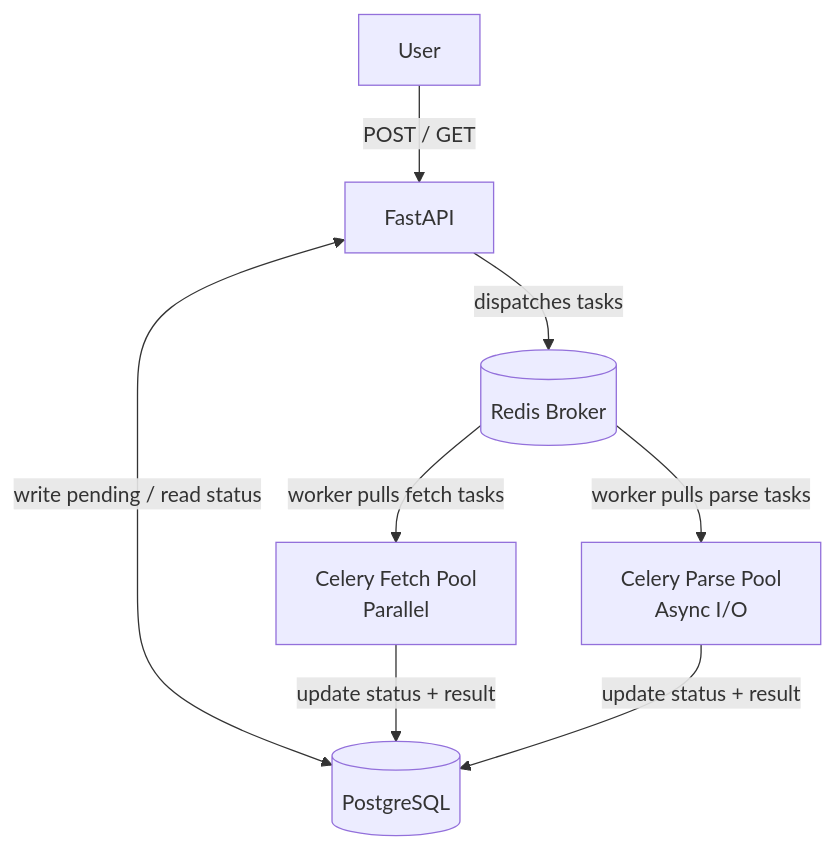
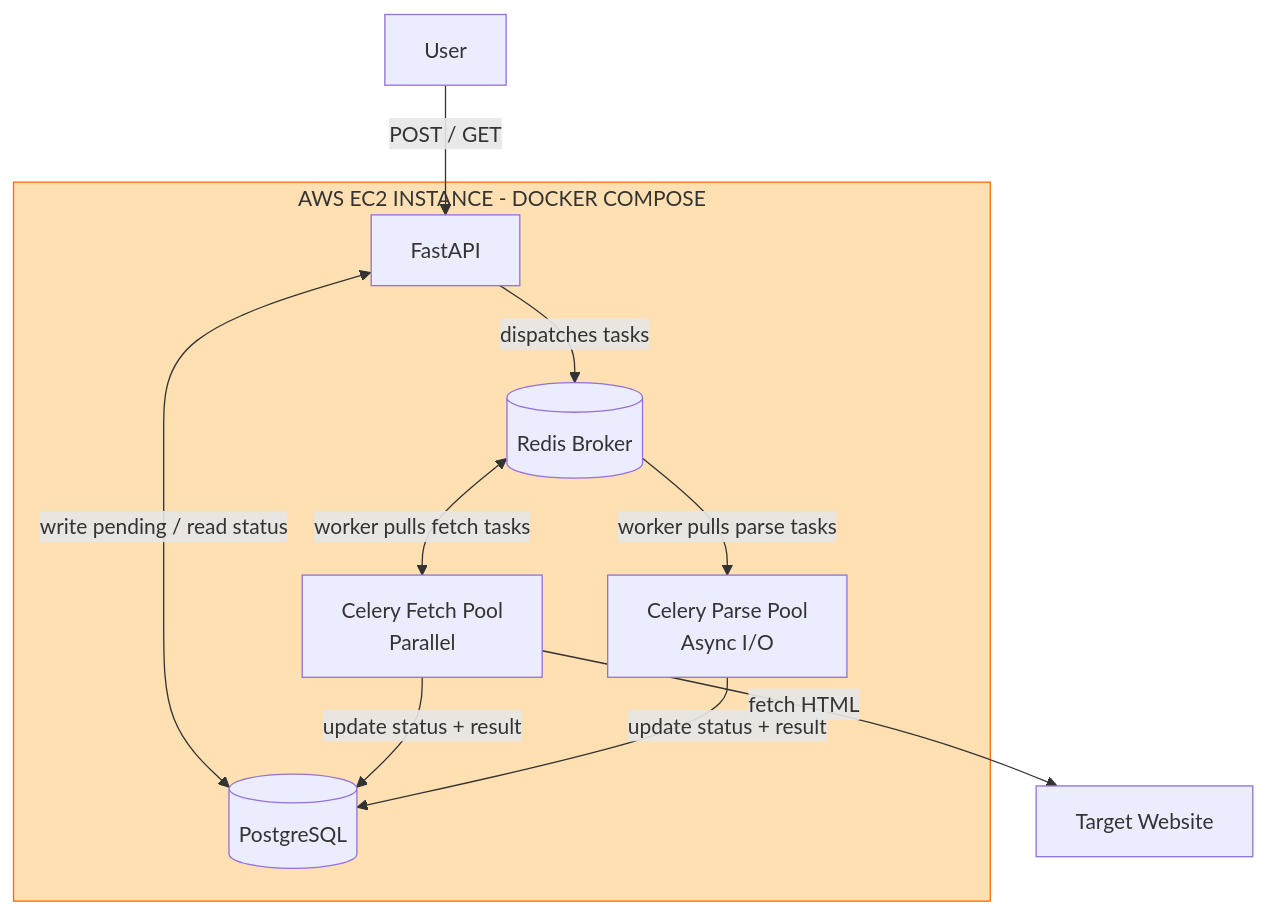
One commit to DarDuong5/distributed-async-web-scraper changed the diagram in README.md. Above: the diagram before and after it, drawn with Mermaid. The commit also changed other lines of this file, not shown here.

Commit message:
finalized project

````diff
--- a/README.md
+++ b/README.md
@@ -71,10 +71,20 @@
 ```mermaid
-graph TD    
-    A[User] -->|POST / GET| API[FastAPI]
-    API --> |dispatches tasks| Redis[(Redis Broker)]
-    Redis --> |worker pulls fetch tasks| FetchCelery[Celery Fetch Pool\n Parallel]
-    Redis --> |worker pulls parse tasks| ParseCelery[Celery Parse Pool\n Async I/O]
-    API <--> |write pending / read status| DB[(PostgreSQL)]
-    FetchCelery --> |update status + result| DB
-    ParseCelery --> |update status + result| DB
+flowchart TB
+ subgraph sources["AWS EC2 INSTANCE - DOCKER COMPOSE"]
+        Redis[("Redis Broker")]
+        API["FastAPI"]
+        FetchCelery["Celery Fetch Pool\n Parallel"]
+        ParseCelery["Celery Parse Pool\n Async I/O"]
+        DB[("PostgreSQL")]
+  end
+    A["User"] -- POST / GET --> API
+    API -- dispatches tasks --> Redis
+    Redis <-- worker pulls fetch tasks --> FetchCelery
+    Redis -- worker pulls parse tasks --> ParseCelery
+    API <-- write pending / read status --> DB
+    FetchCelery -- update status + result --> DB
+    ParseCelery -- update status + result --> DB
+    FetchCelery -- fetch HTML --> Web["Target Website"]
+
+    style sources stroke:#FF6D00,fill:#FFE0B2
 ```
````
